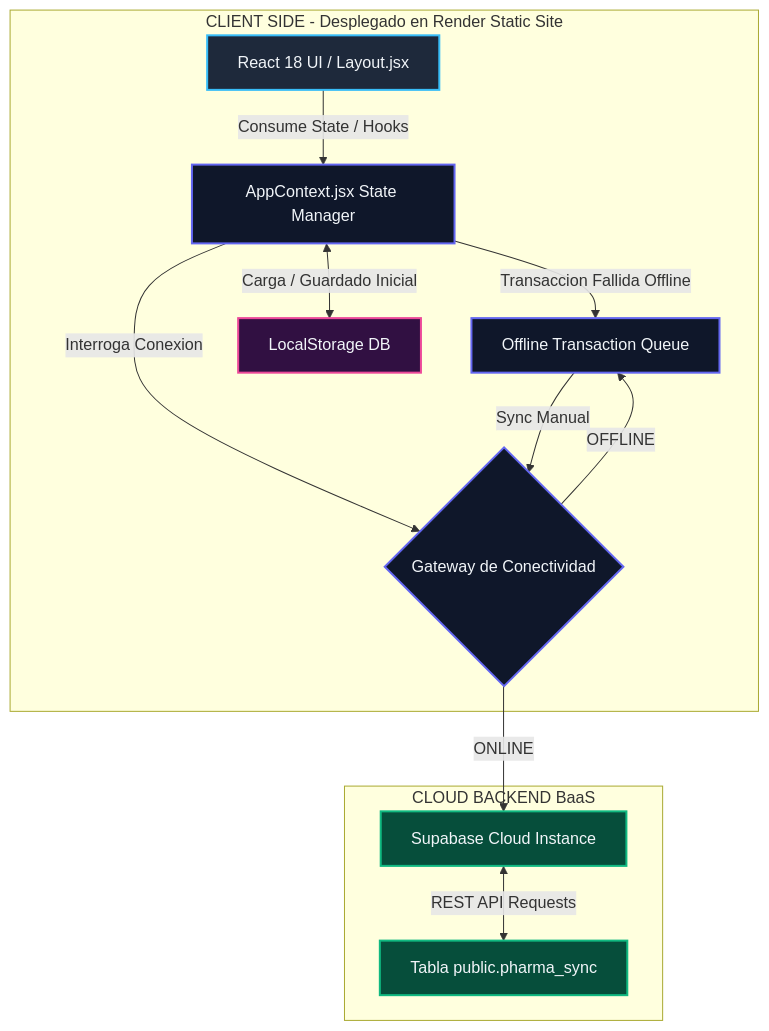
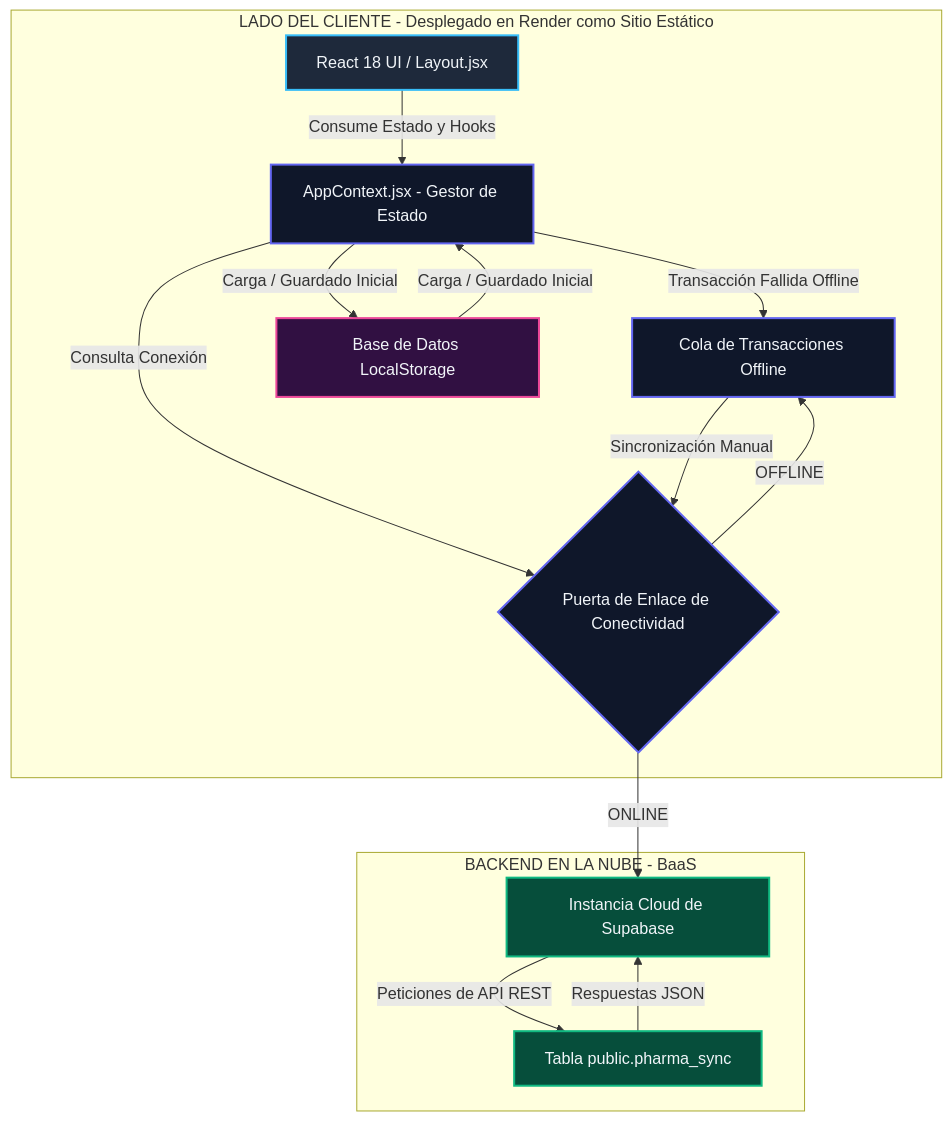
The diagram in README.md (Gengar-pro/ODOO-ERP), drawn with Mermaid before and after one commit. The commit also changed other lines of this file and 1 other file, not shown here.

````diff
--- a/README.md
+++ b/README.md
@@ -25,39 +25,41 @@
 ```mermaid
 graph TD
-    subgraph ClientSide ["CLIENT SIDE - Desplegado en Render Static Site"]
+    subgraph ClientSide ["LADO DEL CLIENTE - Desplegado en Render como Sitio Estático"]
         A["React 18 UI / Layout.jsx"]
-        B["AppContext.jsx State Manager"]
-        C["Offline Transaction Queue"]
-        D{"Gateway de Conectividad"}
-        E["LocalStorage DB"]
+        B["AppContext.jsx - Gestor de Estado"]
+        C["Cola de Transacciones Offline"]
+        D{"Puerta de Enlace de Conectividad"}
+        E["Base de Datos LocalStorage"]
     end
 
-    subgraph CloudBackend ["CLOUD BACKEND BaaS"]
-        F["Supabase Cloud Instance"]
+    subgraph CloudBackend ["BACKEND EN LA NUBE - BaaS"]
+        F["Instancia Cloud de Supabase"]
         G["Tabla public.pharma_sync"]
     end
 
-    %% Flow interactions
-    A -->|Consume State / Hooks| B
-    B <-->|Carga / Guardado Inicial| E
-    B -->|Transaccion Fallida Offline| C
-    B -->|Interroga Conexion| D
+    %% Interacciones del flujo
+    A -->|Consume Estado y Hooks| B
+    B -->|Carga / Guardado Inicial| E
+    E -->|Carga / Guardado Inicial| B
+    B -->|Transacción Fallida Offline| C
+    B -->|Consulta Conexión| D
     D -->|ONLINE| F
     D -->|OFFLINE| C
-    C -->|Sync Manual| D
-    F <-->|REST API Requests| G
+    C -->|Sincronización Manual| D
+    F -->|Peticiones de API REST| G
+    G -->|Respuestas JSON| F
 
-    %% Assigning Classes to Nodes for Visual Aesthetics
+    %% Clases para estética visual del diagrama
     classDef client fill:#1E293B,stroke:#38BDF8,stroke-width:2px,color:#F1F5F9;
     classDef context fill:#0F172A,stroke:#6366F1,stroke-width:2px,color:#F1F5F9;
     classDef localDB fill:#311042,stroke:#EC4899,stroke-width:2px,color:#F1F5F9;
     classDef cloudDB fill:#064E3B,stroke:#10B981,stroke-width:2px,color:#F1F5F9;
 
     class A client;
     class B context;
     class C context;
     class D context;
     class E localDB;
     class F cloudDB;
     class G cloudDB;
 ```
````
